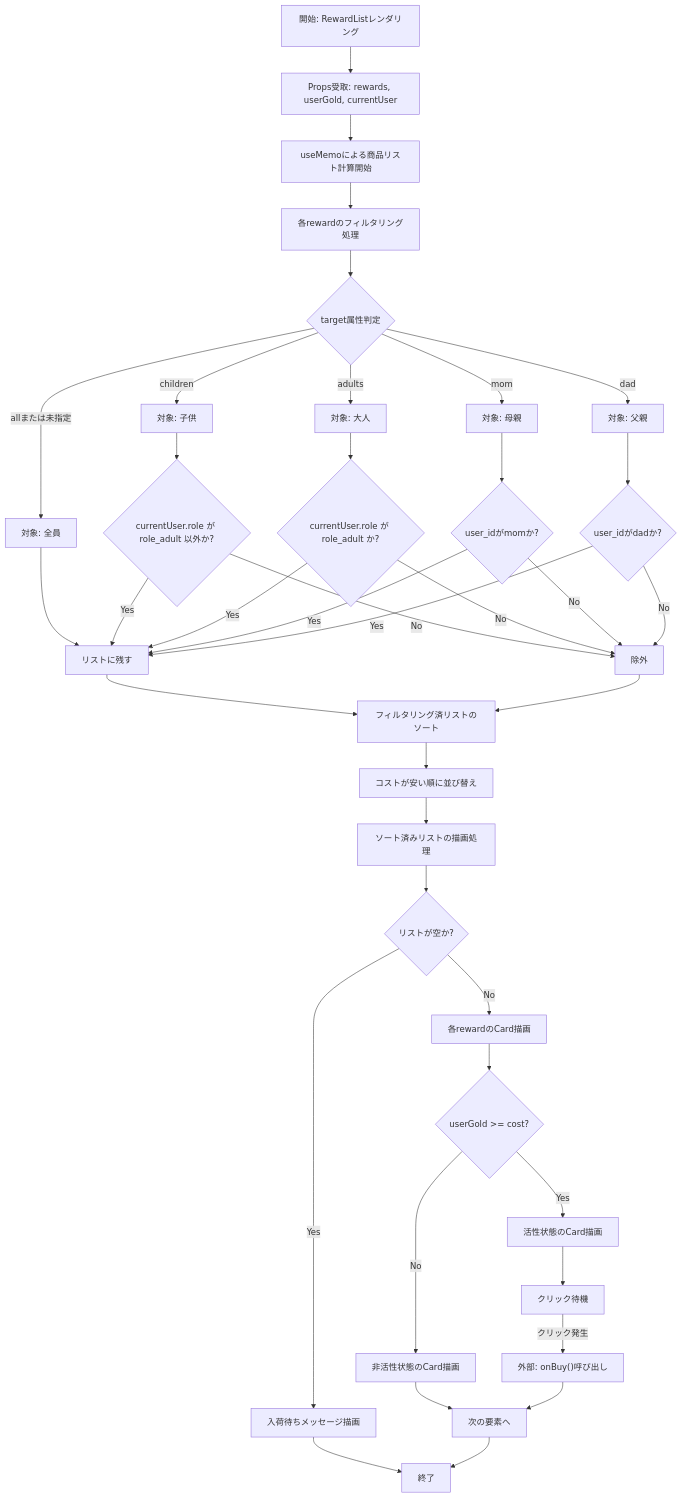
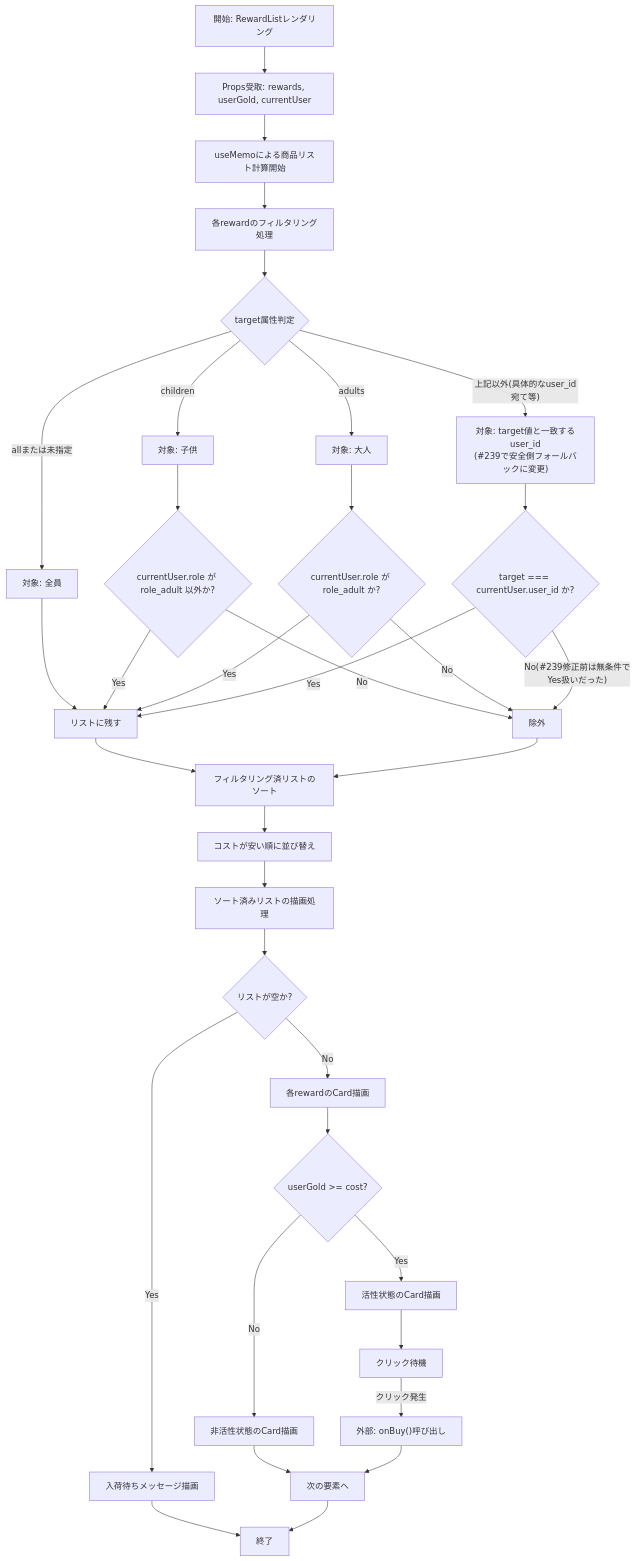
One commit to mmtigers/my_python_project changed the first of 2 diagrams in docs/specifications/family-quest/src/features/shop/components/RewardList.md. Above: the diagram before and after it, drawn with Mermaid. The commit also changed other lines of this file and 1 other file, not shown here.

Commit message:
fix: RewardList.tsxのtargetフィルタに安全側フォールバック(deny-by-default)を追加 (#239)
- 'mom'/'dad'のみを個別にハードコード比較し、それ以外のtarget値
  ('son'/'daughter'等の具体的user_id宛てや将来追加される未知の値)は
  どの分岐にも一致せずreturn trueで無条件に全員へ表示されていた。
- QuestList.tsxのターゲット判定(q.target !== currentUser?.user_id)と
  同様の安全側(deny-by-default)に統一し、'children'/'adults'以外は
  target === currentUser.user_idの完全一致でのみ表示するよう修正。
- 対応する仕様書を更新。familyQuestには自動テスト基盤(vitest/jest等)が
  無いため、フィルタ述語のロジックを手動で検証(修正前後の全ケースを
  比較し、'son'等のtargetが本人以外にも表示されていた不具合と、
  修正後は'mom'/'dad'を含む既存の全ケースが変わらず動作することを確認)。

````diff
--- a/docs/specifications/family-quest/src/features/shop/components/RewardList.md
+++ b/docs/specifications/family-quest/src/features/shop/components/RewardList.md
@@ -72,51 +72,47 @@
 ```mermaid
 flowchart TD
     Start[開始: RewardListレンダリング] --> PropsCheck[Props受取: rewards, userGold, currentUser]
     PropsCheck --> UseMemo[useMemoによる商品リスト計算開始]
     UseMemo --> FilterLoop[各rewardのフィルタリング処理]
 
     FilterLoop --> TargetCheck{target属性判定}
     TargetCheck -- "all"または未指定 --> TargetAll[対象: 全員]
     TargetCheck -- "children" --> TargetChildren[対象: 子供]
     TargetCheck -- "adults" --> TargetAdults[対象: 大人]
-    TargetCheck -- "mom" --> TargetMom[対象: 母親]
-    TargetCheck -- "dad" --> TargetDad[対象: 父親]
+    TargetCheck -- "上記以外(具体的なuser_id宛て等)" --> TargetSpecific["対象: target値と一致するuser_id<br>(#239で安全側フォールバックに変更)"]
 
     TargetAll --> FilterKeep[リストに残す]
     TargetChildren --> IsAdultCheck1{currentUser.role が role_adult 以外か?}
     TargetAdults --> IsAdultCheck2{currentUser.role が role_adult か?}
-    TargetMom --> IsMomCheck{user_idがmomか?}
-    TargetDad --> IsDadCheck{user_idがdadか?}
+    TargetSpecific --> IsSpecificCheck{"target === currentUser.user_id か?"}
 
     IsAdultCheck1 -- Yes --> FilterKeep
     IsAdultCheck1 -- No --> FilterDrop[除外]
     IsAdultCheck2 -- Yes --> FilterKeep
     IsAdultCheck2 -- No --> FilterDrop
-    IsMomCheck -- Yes --> FilterKeep
-    IsMomCheck -- No --> FilterDrop
-    IsDadCheck -- Yes --> FilterKeep
-    IsDadCheck -- No --> FilterDrop
+    IsSpecificCheck -- Yes --> FilterKeep
+    IsSpecificCheck -- "No(#239修正前は無条件でYes扱いだった)" --> FilterDrop
 
     FilterKeep --> SortProcess[フィルタリング済リストのソート]
     FilterDrop --> SortProcess
 
     SortProcess --> CompareCost[コストが安い順に並び替え]
     CompareCost --> MapProcess[ソート済みリストの描画処理]
 
     MapProcess --> IsEmpty{リストが空か?}
     IsEmpty -- Yes --> RenderEmpty[入荷待ちメッセージ描画]
     IsEmpty -- No --> RenderLoop[各rewardのCard描画]
 
     RenderLoop --> CalcAffordability{userGold >= cost?}
     CalcAffordability -- Yes --> RenderAffordable[活性状態のCard描画]
     CalcAffordability -- No --> RenderUnaffordable[非活性状態のCard描画]
 
     RenderAffordable --> ClickWait[クリック待機]
     RenderUnaffordable --> NextItem[次の要素へ]
 
     ClickWait -- "クリック発生" --> FireOnBuy["外部: onBuy()呼び出し"]
     FireOnBuy --> NextItem
     RenderEmpty --> End[終了]
     NextItem --> End
 
 ```
````
